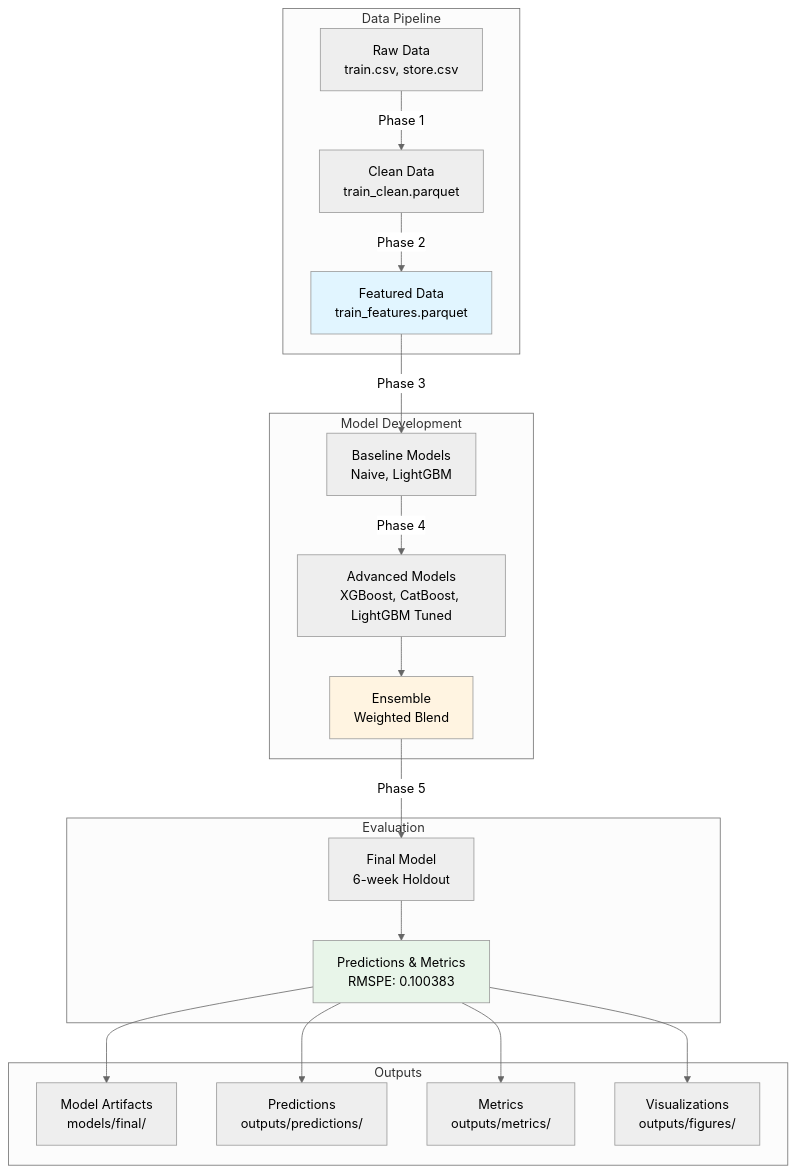
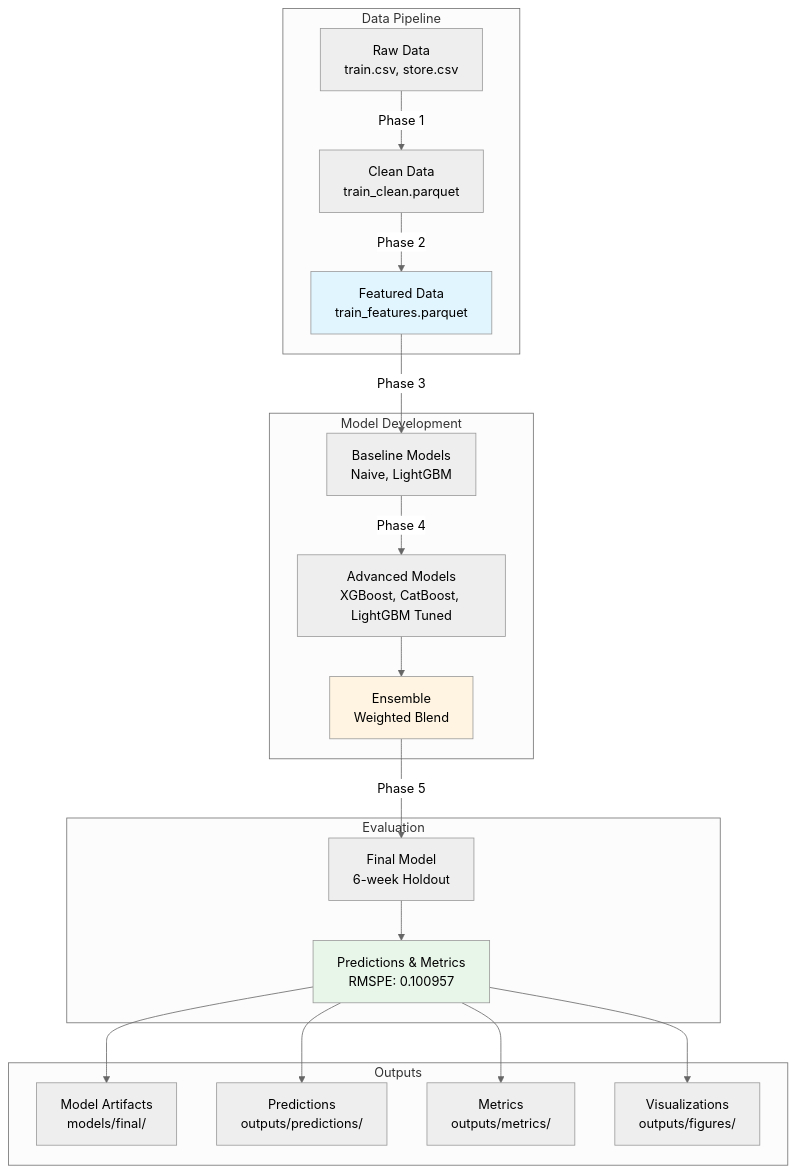
Before and after one commit to bradleyboehmke/rossmann-forecasting: the diagram in README.md, drawn with Mermaid (neutral theme). The commit also changed other lines of this file, not shown here.

````diff
--- a/README.md
+++ b/README.md
@@ -50,29 +54,29 @@
 ```mermaid
 graph TB
     subgraph "Data Pipeline"
         A[Raw Data<br/>train.csv, store.csv] -->|Phase 1| B[Clean Data<br/>train_clean.parquet]
         B -->|Phase 2| C[Featured Data<br/>train_features.parquet]
     end
 
     subgraph "Model Development"
         C -->|Phase 3| D[Baseline Models<br/>Naive, LightGBM]
         D -->|Phase 4| E[Advanced Models<br/>XGBoost, CatBoost, LightGBM Tuned]
         E --> F[Ensemble<br/>Weighted Blend]
     end
 
     subgraph "Evaluation"
         F -->|Phase 5| G[Final Model<br/>6-week Holdout]
-        G --> H[Predictions & Metrics<br/>RMSPE: 0.100383]
+        G --> H[Predictions & Metrics<br/>RMSPE: 0.100957]
     end
 
     subgraph "Outputs"
         H --> I[Model Artifacts<br/>models/final/]
         H --> J[Predictions<br/>outputs/predictions/]
         H --> K[Metrics<br/>outputs/metrics/]
         H --> L[Visualizations<br/>outputs/figures/]
     end
 
     style C fill:#e1f5ff
     style F fill:#fff4e1
     style H fill:#e8f5e9
 ```
````
